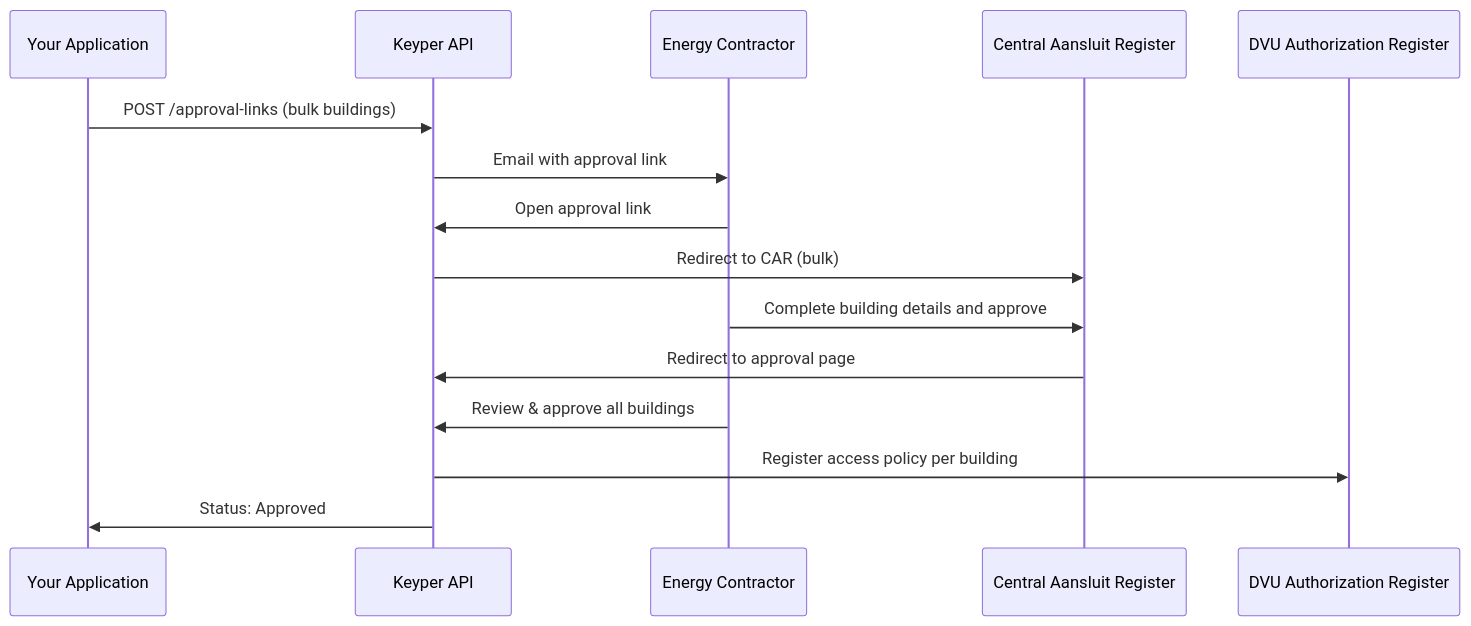
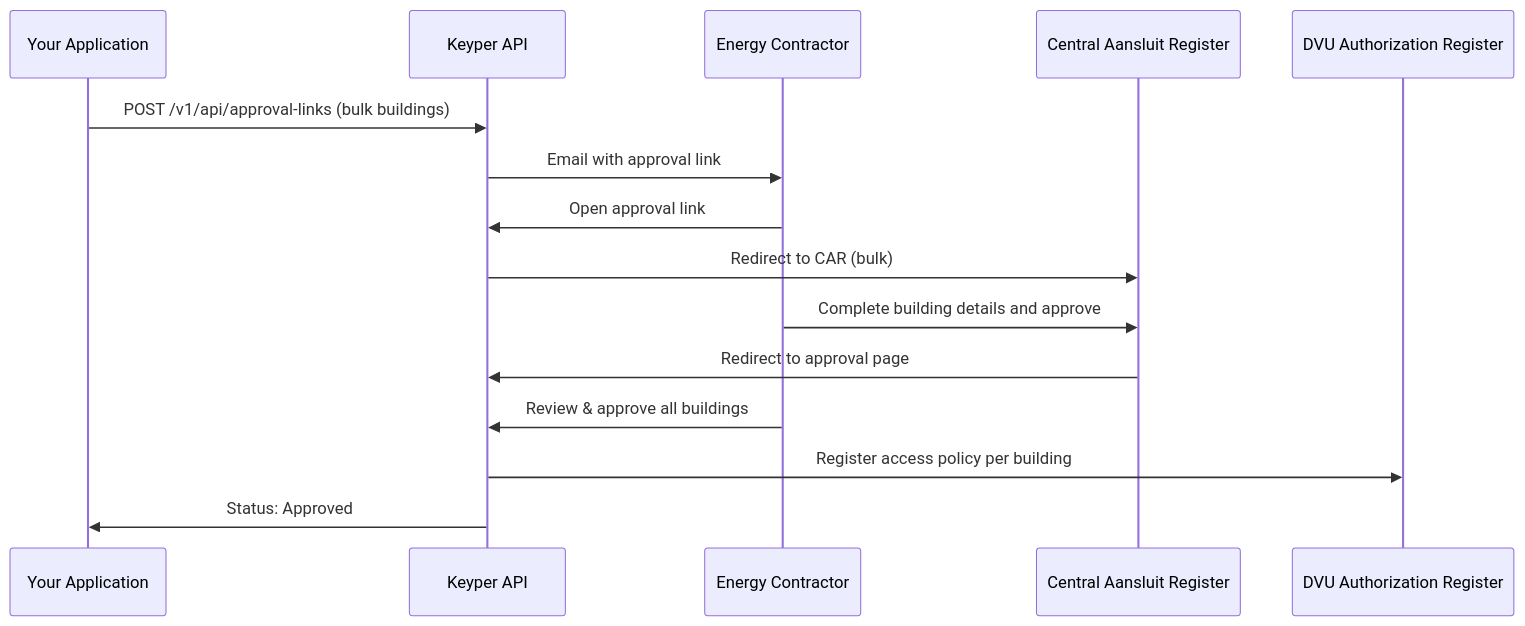
Before and after one commit to POORT8/Poort8.Docs: the diagram in dvu/bulk-buildings.md, drawn with Mermaid. The commit also changed other lines of this file and 4 other files, not shown here.

````diff
--- a/dvu/bulk-buildings.md
+++ b/dvu/bulk-buildings.md
@@ -11,17 +11,17 @@
 ```mermaid
 sequenceDiagram
     participant App as Your Application
     participant Keyper as Keyper API
     participant EC as Energy Contractor
     participant CAR as Central Aansluit Register
     participant AR as DVU Authorization Register
-    App->>Keyper: POST /approval-links (bulk buildings)
+    App->>Keyper: POST /v1/api/approval-links (bulk buildings)
     Keyper->>EC: Email with approval link
     EC->>Keyper: Open approval link
     Keyper->>CAR: Redirect to CAR (bulk)
     EC->>CAR: Complete building details and approve
     CAR->>Keyper: Redirect to approval page
     EC->>Keyper: Review & approve all buildings
     Keyper->>AR: Register access policy per building
     Keyper->>App: Status: Approved
 ```
````
